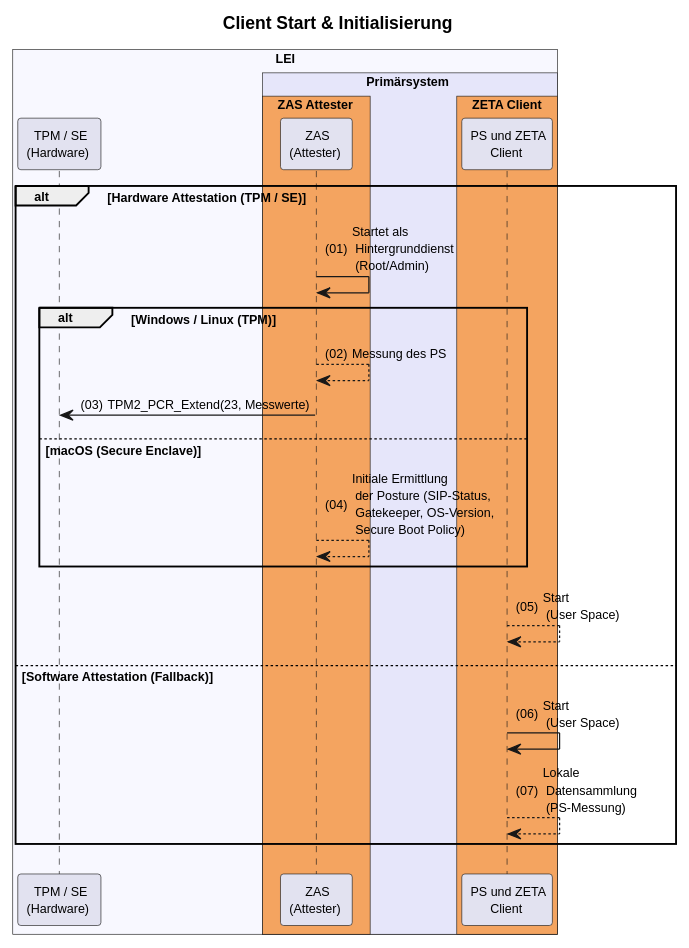
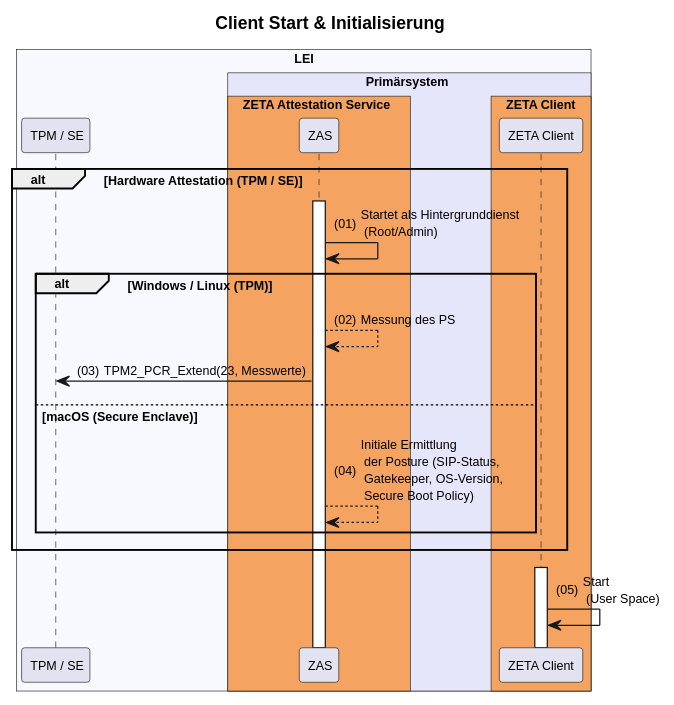
Before and after one commit to gematik/zeta: the diagram in src/plantuml/tmp/attestation-flows/client-start.puml, drawn with PlantUML. The commit also changed 7 other files, not shown here.

Commit message:
refactor: update and standardize PlantUML flow diagrams and split token exchange flows

```diff
--- a/src/plantuml/tmp/attestation-flows/client-start.puml
+++ b/src/plantuml/tmp/attestation-flows/client-start.puml
@@ -1,44 +1,41 @@
 @startuml "client-start"
 autonumber "(00)"
 skinparam defaultFontSize 10
 skinparam defaultFontName Helvetica
 skinparam DefaultMonospacedFontName Courier
 skinparam lengthAdjust none
 skinparam sequenceReferenceBackgroundColor White
 skinparam SequenceReferenceFontSize 12
 skinparam sequenceMessageAlign left
 
 title Client Start & Initialisierung
 
 !pragma teoz true
 
 box "LEI" #GhostWhite
-  participant "TPM / SE\n(Hardware)" as TPM
+  participant "TPM / SE" as TPM
   box "Primärsystem" #Lavender
-        box "ZAS Attester" #SandyBrown
-        participant "ZAS\n(Attester)" as ZAS
+    box "ZETA Attestation Service" #SandyBrown
+      participant ZAS as "ZAS"
     end box
     box "ZETA Client" #SandyBrown
-        participant "PS und ZETA\nClient" as Client
+        participant Client as "ZETA Client"
     end box    
   end box
 end box
 
 alt Hardware Attestation (TPM / SE)
-    ZAS -> ZAS: Startet als\n Hintergrunddienst\n (Root/Admin)
+    ZAS++
+    ZAS -> ZAS: Startet als Hintergrunddienst\n (Root/Admin)
     
     alt Windows / Linux (TPM)
         ZAS --> ZAS: Messung des PS
         ZAS -> TPM: TPM2_PCR_Extend(23, Messwerte)
     else macOS (Secure Enclave)
         ZAS --> ZAS: Initiale Ermittlung\n der Posture (SIP-Status,\n Gatekeeper, OS-Version,\n Secure Boot Policy)
     end
-    
-    Client --> Client: Start \n (User Space)
-
-else Software Attestation (Fallback)
-    Client -> Client: Start \n (User Space)
-    Client --> Client: Lokale \n Datensammlung \n (PS-Messung)
 end
+Client++
+Client -> Client: Start \n (User Space)
 
 @enduml
```
